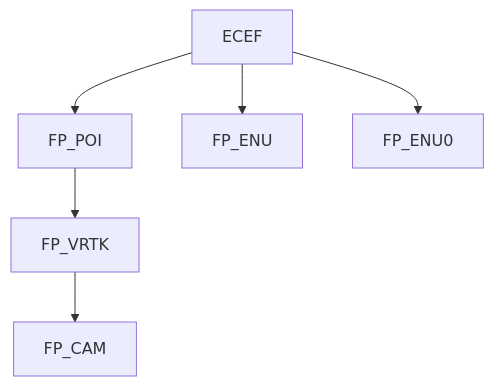
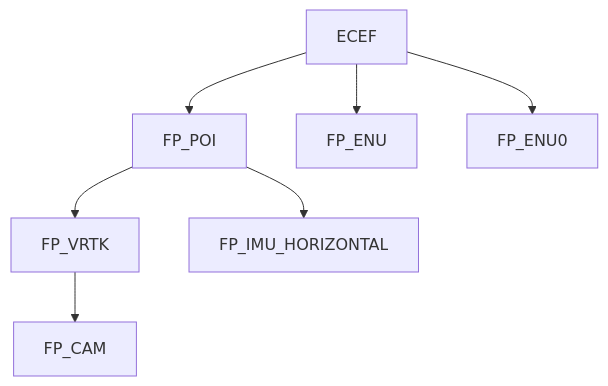
The diagram in README.md (fixposition/fixposition_driver), drawn with Mermaid before and after one commit. The commit also changed other lines of this file and 6 other files, not shown here.

````diff
--- a/README.md
+++ b/README.md
@@ -115,6 +117,7 @@
    ```mermaid
    graph TD;
    ECEF-->FP_POI-->FP_VRTK-->FP_CAM
+   FP_POI-->FP_IMU_HORIZONTAL
    ECEF-->FP_ENU
    ECEF-->FP_ENU0
    ```
````
